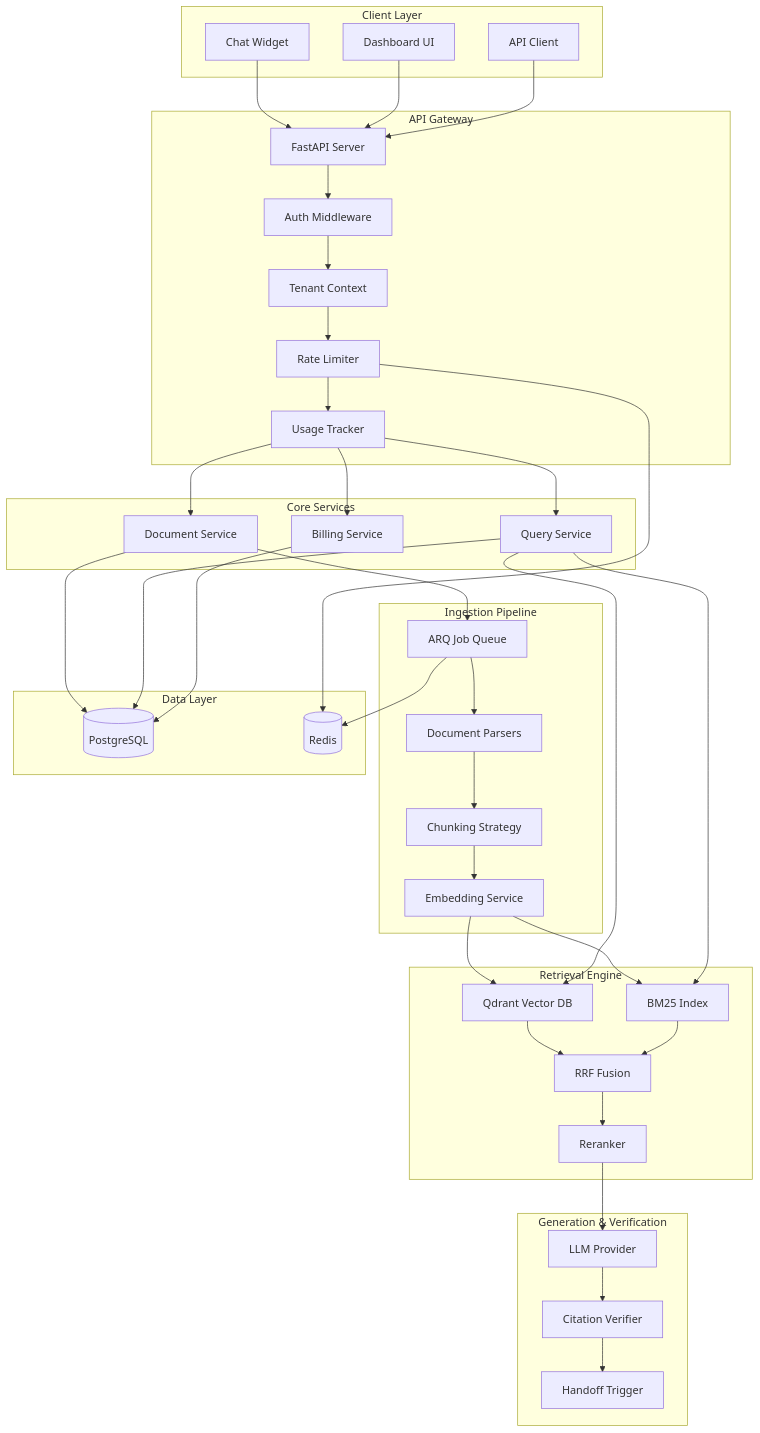
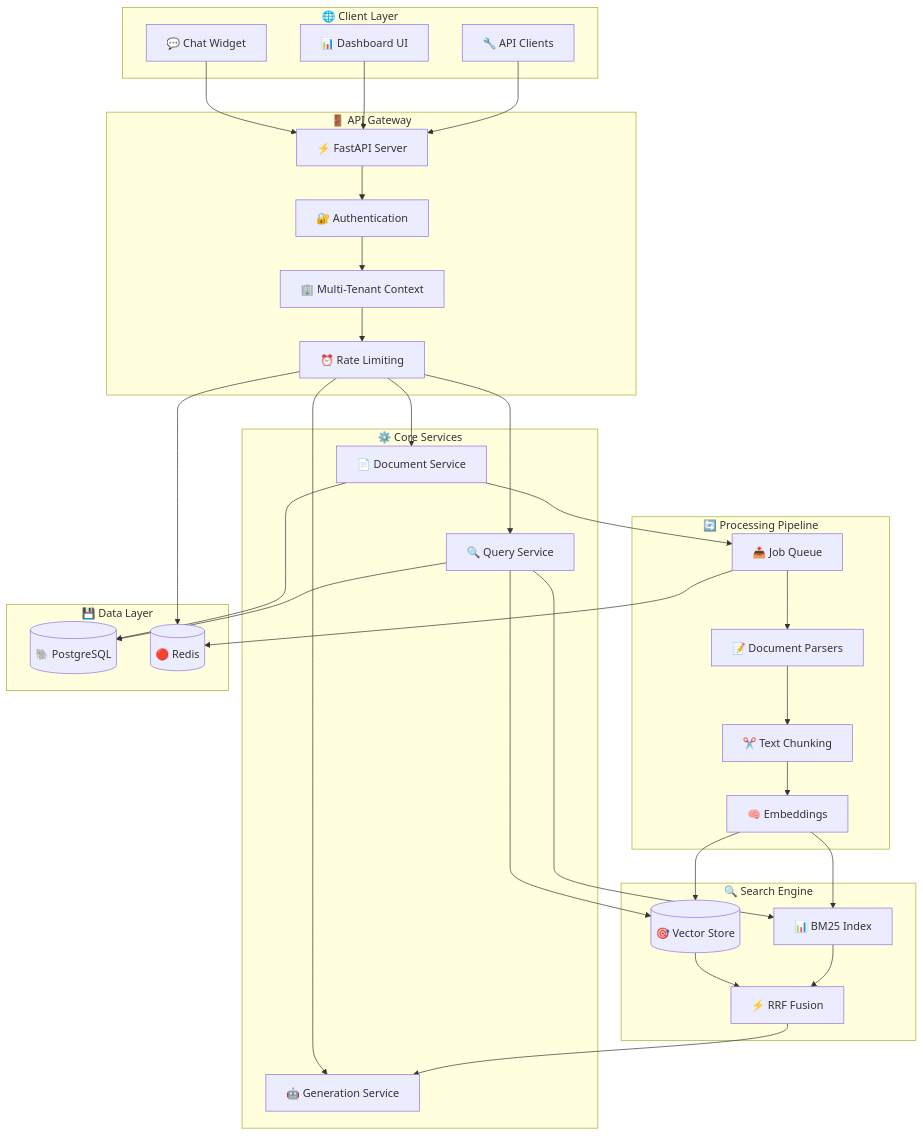
Before and after one commit to tusharpawar1217/LLM-RAG-Project: the diagram in README.md, drawn with Mermaid. The commit also changed other lines of this file, not shown here.

````diff
--- a/README.md
+++ b/README.md
@@ -37,77 +70,59 @@
 ```mermaid
 graph TB
-    subgraph "Client Layer"
-        W[Chat Widget]
-        D[Dashboard UI]
-        API_CLIENT[API Client]
+    subgraph "🌐 Client Layer"
+        W[💬 Chat Widget]
+        D[📊 Dashboard UI]
+        API[🔧 API Clients]
     end
     
-    subgraph "API Gateway"
-        FASTAPI[FastAPI Server]
-        AUTH[Auth Middleware]
-        TENANT[Tenant Context]
-        RATE[Rate Limiter]
-        USAGE[Usage Tracker]
+    subgraph "🚪 API Gateway"
+        FASTAPI[⚡ FastAPI Server]
+        AUTH[🔐 Authentication]
+        TENANT[🏢 Multi-Tenant Context]
+        RATE[⏰ Rate Limiting]
     end
     
-    subgraph "Core Services"
-        DOC_SVC[Document Service]
-        QUERY_SVC[Query Service]
-        BILL_SVC[Billing Service]
+    subgraph "⚙️ Core Services"
+        DOC[📄 Document Service]
+        QUERY[🔍 Query Service]
+        GEN[🤖 Generation Service]
     end
     
-    subgraph "Ingestion Pipeline"
-        PARSER[Document Parsers]
-        CHUNKER[Chunking Strategy]
-        EMBEDDER[Embedding Service]
-        QUEUE[ARQ Job Queue]
+    subgraph "🔄 Processing Pipeline"
+        PARSE[📝 Document Parsers]
+        CHUNK[✂️ Text Chunking]
+        EMBED[🧠 Embeddings]
+        QUEUE[📤 Job Queue]
     end
     
-    subgraph "Retrieval Engine"
-        QDRANT[Qdrant Vector DB]
-        BM25[BM25 Index]
-        FUSION[RRF Fusion]
-        RERANK[Reranker]
+    subgraph "🔍 Search Engine"
+        VECTOR[(🎯 Vector Store)]
+        BM25[📊 BM25 Index]
+        FUSION[⚡ RRF Fusion]
     end
     
-    subgraph "Generation & Verification"
-        LLM[LLM Provider]
-        VERIFIER[Citation Verifier]
-        HANDOFF[Handoff Trigger]
-    end
-    
-    subgraph "Data Layer"
-        PG[(PostgreSQL)]
-        REDIS[(Redis)]
+    subgraph "💾 Data Layer"
+        PG[(🐘 PostgreSQL)]
+        REDIS[(🔴 Redis)]
     end
     
     W --> FASTAPI
     D --> FASTAPI
-    API_CLIENT --> FASTAPI
+    API --> FASTAPI
     
-    FASTAPI --> AUTH --> TENANT --> RATE --> USAGE
+    FASTAPI --> AUTH --> TENANT --> RATE
+    RATE --> DOC & QUERY & GEN
     
-    USAGE --> DOC_SVC
-    USAGE --> QUERY_SVC
-    USAGE --> BILL_SVC
+    DOC --> QUEUE --> PARSE --> CHUNK --> EMBED
+    EMBED --> VECTOR & BM25
     
-    DOC_SVC --> QUEUE --> PARSER --> CHUNKER --> EMBEDDER
-    EMBEDDER --> QDRANT
-    EMBEDDER --> BM25
+    QUERY --> VECTOR & BM25
+    VECTOR --> FUSION
+    BM25 --> FUSION
+    FUSION --> GEN
     
-    QUERY_SVC --> QDRANT
-    QUERY_SVC --> BM25
-    QDRANT --> FUSION
-    BM25 --> FUSION
-    FUSION --> RERANK
-    RERANK --> LLM
-    LLM --> VERIFIER
-    VERIFIER --> HANDOFF
-    
-    DOC_SVC --> PG
-    QUERY_SVC --> PG
-    BILL_SVC --> PG
-    
+    DOC --> PG
+    QUERY --> PG
     QUEUE --> REDIS
     RATE --> REDIS
 ```
````
